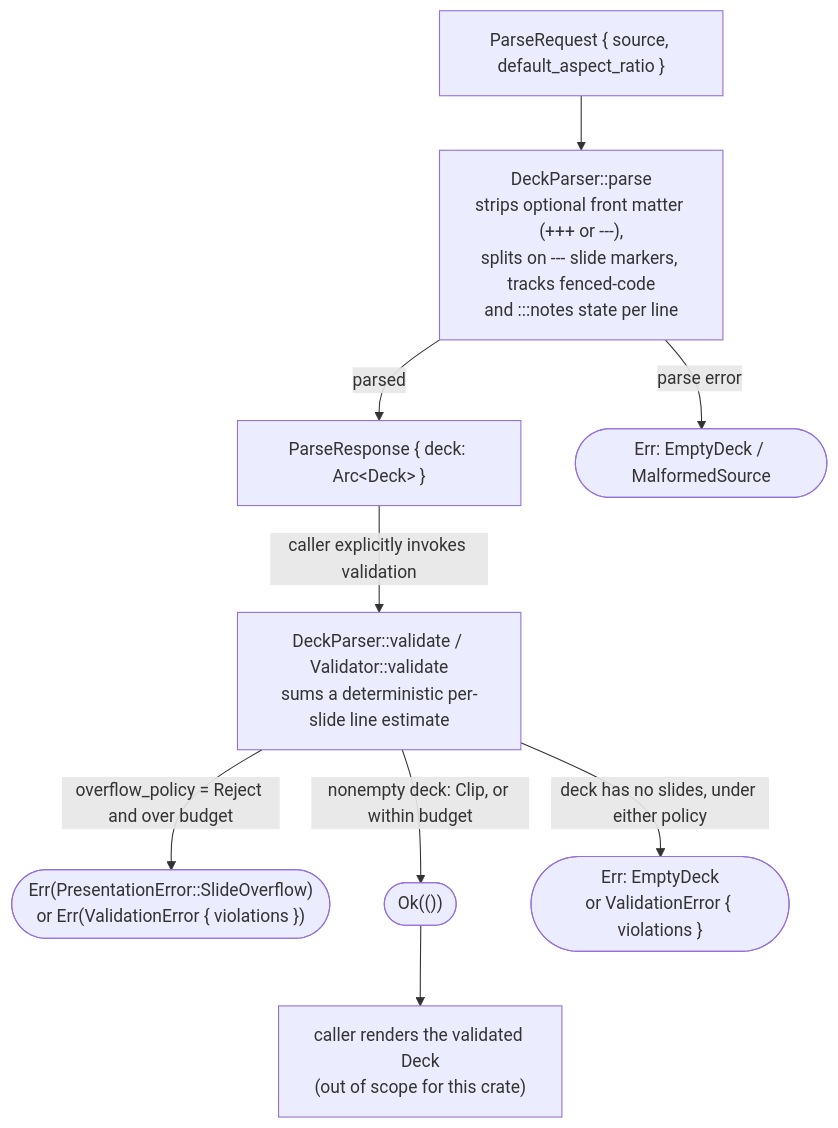
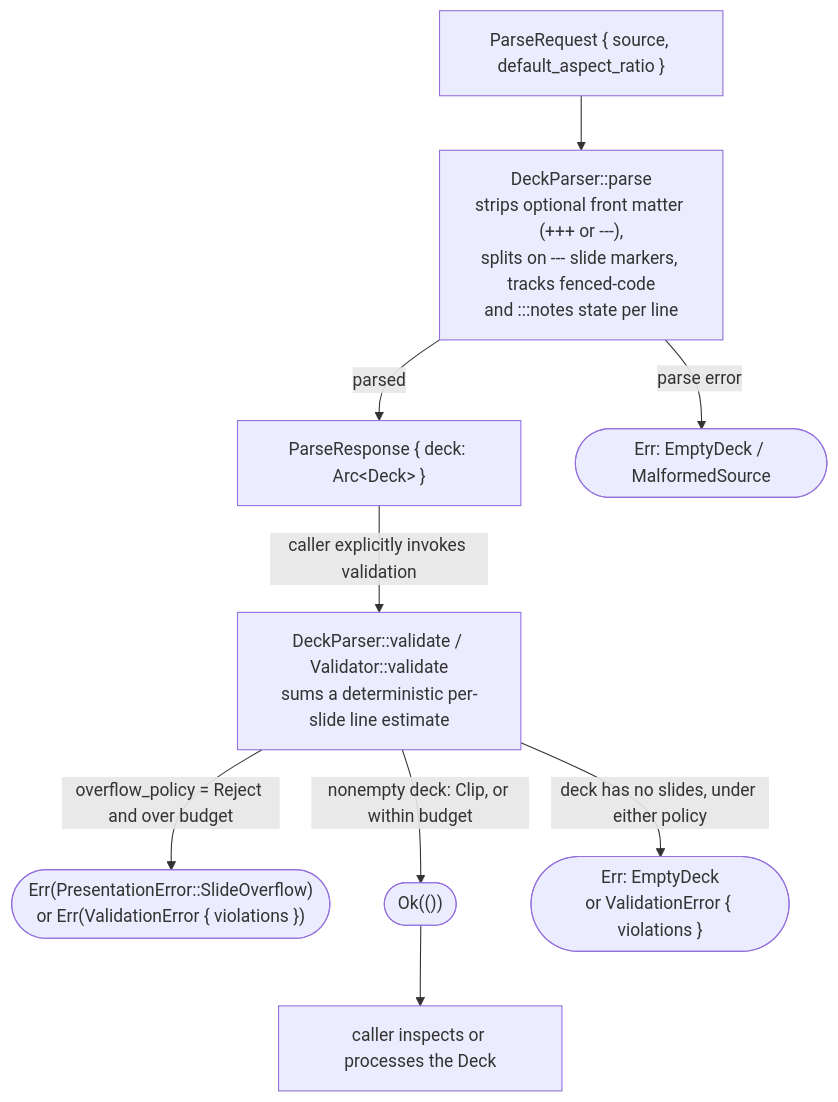
Before and after one commit to sweengineeringlabs/md-parser: the second of 2 diagrams in docs/3-design/architecture.md, drawn with Mermaid. The commit also changed other lines of this file and 6 other files, not shown here.

````diff
--- a/docs/3-design/architecture.md
+++ b/docs/3-design/architecture.md
@@ -107,21 +103,21 @@
 ```mermaid
 flowchart TD
     Source["ParseRequest { source, default_aspect_ratio }"]
     Parse["DeckParser::parse<br/>strips optional front matter (+++ or ---),<br/>splits on --- slide markers, tracks fenced-code<br/>and :::notes state per line"]
     Response["ParseResponse { deck: Arc&lt;Deck&gt; }"]
     Validate["DeckParser::validate / Validator::validate<br/>sums a deterministic per-slide line estimate"]
     Overflow(["Err(PresentationError::SlideOverflow)<br/>or Err(ValidationError { violations })"])
     Valid(["Ok(())"])
-    Render["caller renders the validated Deck<br/>(out of scope for this crate)"]
+    Consumer["caller inspects or processes the Deck"]
     ParseErr(["Err: EmptyDeck / MalformedSource"])
     EmptyErr(["Err: EmptyDeck<br/>or ValidationError { violations }"])
 
     Source --> Parse
     Parse -->|"parse error"| ParseErr
     Parse -->|"parsed"| Response
     Response -->|"caller explicitly invokes validation"| Validate
     Validate -->|"deck has no slides, under either policy"| EmptyErr
     Validate -->|"overflow_policy = Reject and over budget"| Overflow
     Validate -->|"nonempty deck: Clip, or within budget"| Valid
-    Valid --> Render
+    Valid --> Consumer
 ```
````
